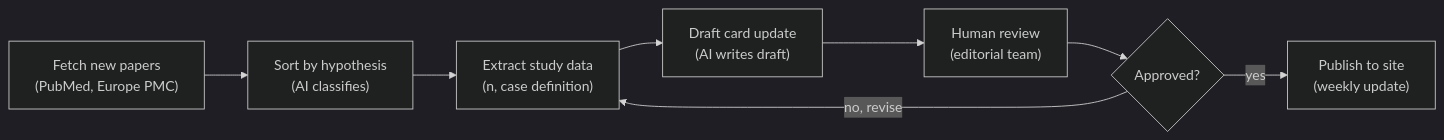
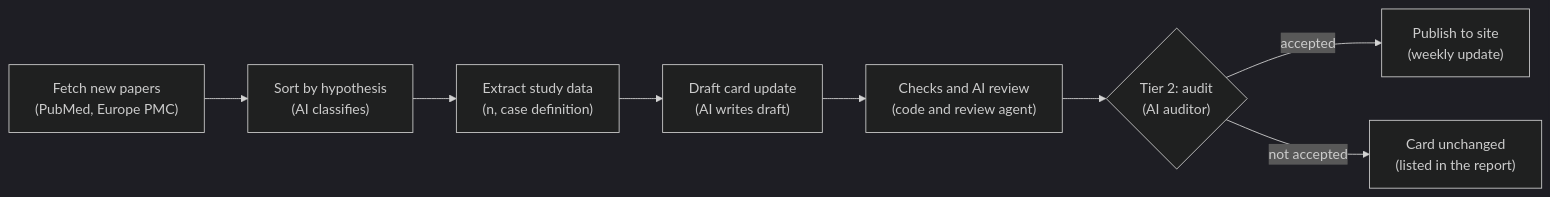
One commit to mrstormlars/ME-Atlas changed the diagram in docs/ME-Atlas-v1-plan.md. Above: the diagram before and after it, drawn with Mermaid (dark theme). The commit also changed other lines of this file and 15 other files, not shown here.

````diff
--- a/docs/ME-Atlas-v1-plan.md
+++ b/docs/ME-Atlas-v1-plan.md
@@ -81,10 +81,10 @@
 ```mermaid
 flowchart LR
     A["Fetch new papers<br/>(PubMed, Europe PMC)"] --> B["Sort by hypothesis<br/>(AI classifies)"]
     B --> C["Extract study data<br/>(n, case definition)"]
     C --> D["Draft card update<br/>(AI writes draft)"]
-    D --> E["Human review<br/>(editorial team)"]
-    E --> F{Approved?}
-    F -- yes --> G["Publish to site<br/>(weekly update)"]
-    F -- "no, revise" --> C
+    D --> E["Checks and AI review<br/>(code and review agent)"]
+    E --> F{"Tier 2: audit<br/>(AI auditor)"}
+    F -- accepted --> G["Publish to site<br/>(weekly update)"]
+    F -- "not accepted" --> H["Card unchanged<br/>(listed in the report)"]
 ```
````
